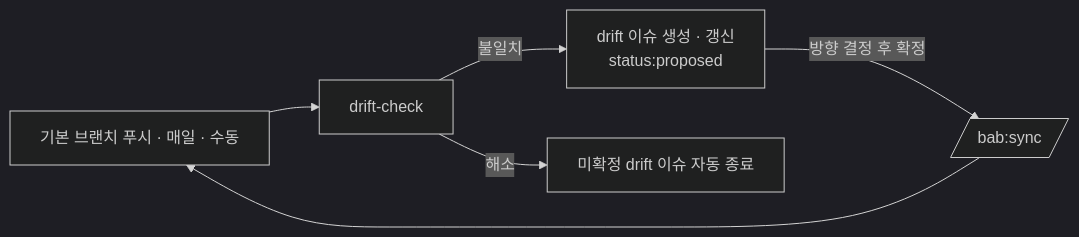
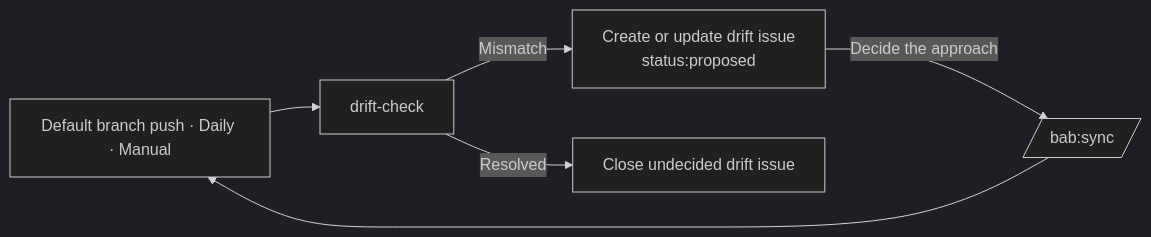
One commit to freevue/bab-skill changed the second of 3 diagrams in docs/guide.md. Above: the diagram before and after it, drawn with Mermaid (dark theme). The commit also changed other lines of this file and 6 other files, not shown here.

````diff
--- a/docs/guide.md
+++ b/docs/guide.md
@@ -574,8 +668,8 @@
 ```mermaid
 flowchart LR
-  A[기본 브랜치 푸시 · 매일 · 수동] --> B[drift-check]
-  B -->|불일치| C[drift 이슈 생성 · 갱신<br/>status:proposed]
-  B -->|해소| D[미확정 drift 이슈 자동 종료]
-  C -->|방향 결정 후 확정| E[/bab:sync/]
+  A[Default branch push · Daily · Manual] --> B[drift-check]
+  B -->|Mismatch| C[Create or update drift issue<br/>status:proposed]
+  B -->|Resolved| D[Close undecided drift issue]
+  C -->|Decide the approach| E[/bab:sync/]
   E --> A
 ```
````
